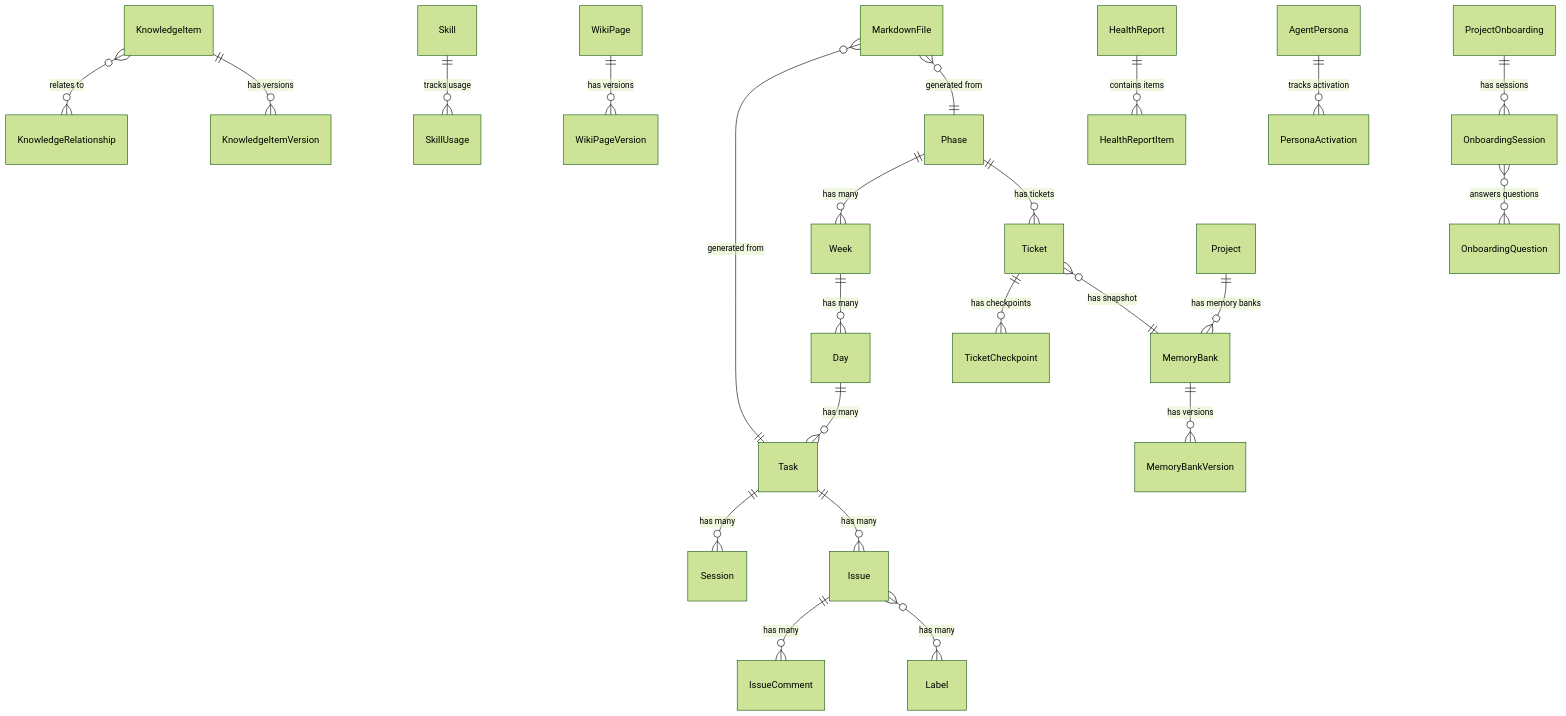
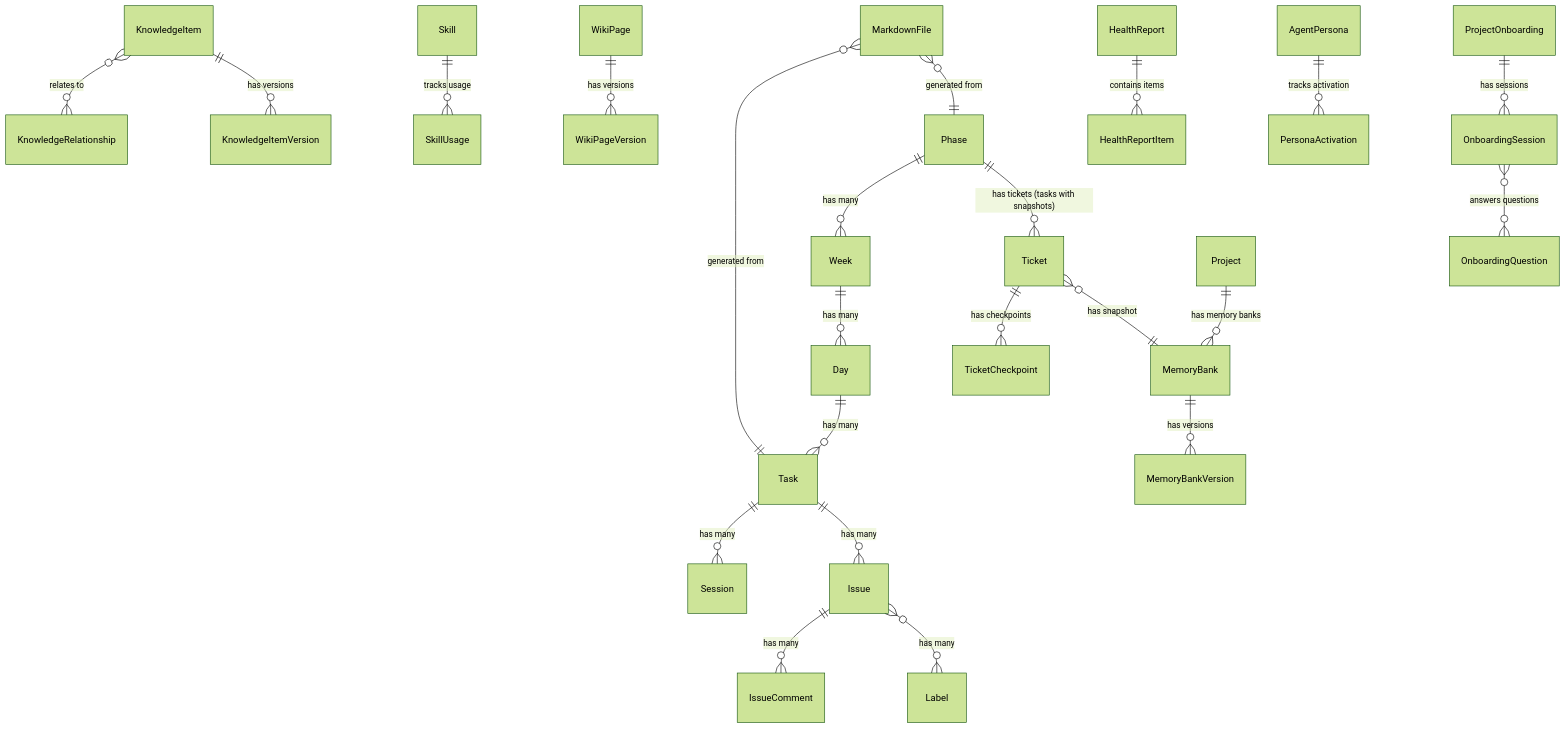
One commit to draco28/ProjectPulse changed the third of 24 diagrams in docs/03-Architecture.md. Above: the diagram before and after it, drawn with Mermaid (forest theme). The commit also changed other lines of this file and 8 other files, not shown here.

First line of the commit message:
docs: clarify Task/Session (MVP) vs Memory Snapshots (Phase 2)

````diff
--- a/docs/03-Architecture.md
+++ b/docs/03-Architecture.md
@@ -926,35 +927,37 @@
 ```mermaid
 erDiagram
     Phase ||--o{ Week : "has many"
     Week ||--o{ Day : "has many"
     Day ||--o{ Task : "has many"
     Task ||--o{ Session : "has many"
 
     Task ||--o{ Issue : "has many"
     Issue ||--o{ IssueComment : "has many"
     Issue }o--o{ Label : "has many"
 
     KnowledgeItem }o--o{ KnowledgeRelationship : "relates to"
     KnowledgeItem ||--o{ KnowledgeItemVersion : "has versions"
 
     Skill ||--o{ SkillUsage : "tracks usage"
 
     WikiPage ||--o{ WikiPageVersion : "has versions"
 
     HealthReport ||--o{ HealthReportItem : "contains items"
 
     AgentPersona ||--o{ PersonaActivation : "tracks activation"
 
     MarkdownFile }o--|| Task : "generated from"
     MarkdownFile }o--|| Phase : "generated from"
 
     ProjectOnboarding ||--o{ OnboardingSession : "has sessions"
     OnboardingSession }o--o{ OnboardingQuestion : "answers questions"
 
-    Phase ||--o{ Ticket : "has tickets"
+    %% Phase 2 Enhancement (Sprint 10+): Memory Bank Snapshots for Tasks
+    %% These add optional snapshot capabilities to existing Task model (non-breaking)
+    Phase ||--o{ Ticket : "has tickets (tasks with snapshots)"
     Ticket ||--o{ TicketCheckpoint : "has checkpoints"
     Ticket }o--|| MemoryBank : "has snapshot"
 
     Project ||--o{ MemoryBank : "has memory banks"
     MemoryBank ||--o{ MemoryBankVersion : "has versions"
 ```
````
